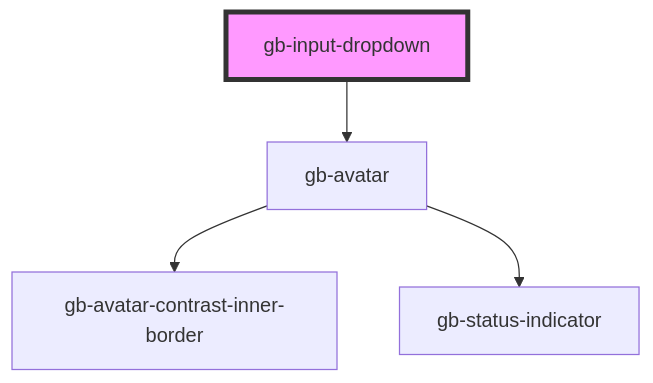
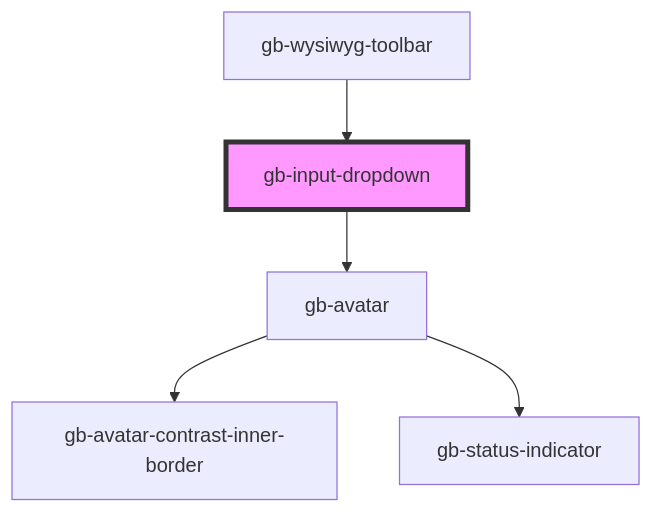
The diagram in src/components/gb-input-dropdown/readme.md (Emmanuel1858/globusComponent), drawn with Mermaid before and after one commit. The commit also changed other lines of this file and 27 other files, not shown here.

````diff
--- a/src/components/gb-input-dropdown/readme.md
+++ b/src/components/gb-input-dropdown/readme.md
@@ -32,7 +36,8 @@
 ```mermaid
 graph TD;
   gb-input-dropdown --> gb-avatar
   gb-avatar --> gb-avatar-contrast-inner-border
   gb-avatar --> gb-status-indicator
+  gb-wysiwyg-toolbar --> gb-input-dropdown
   style gb-input-dropdown fill:#f9f,stroke:#333,stroke-width:4px
 ```
````
